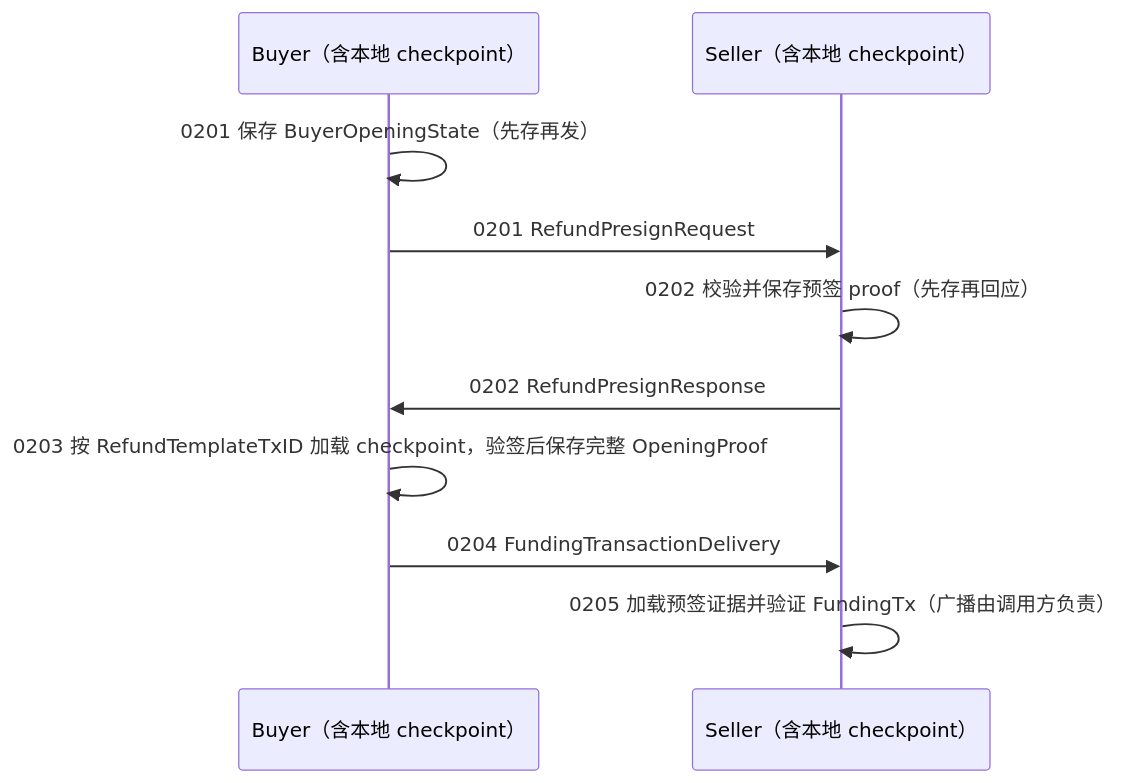
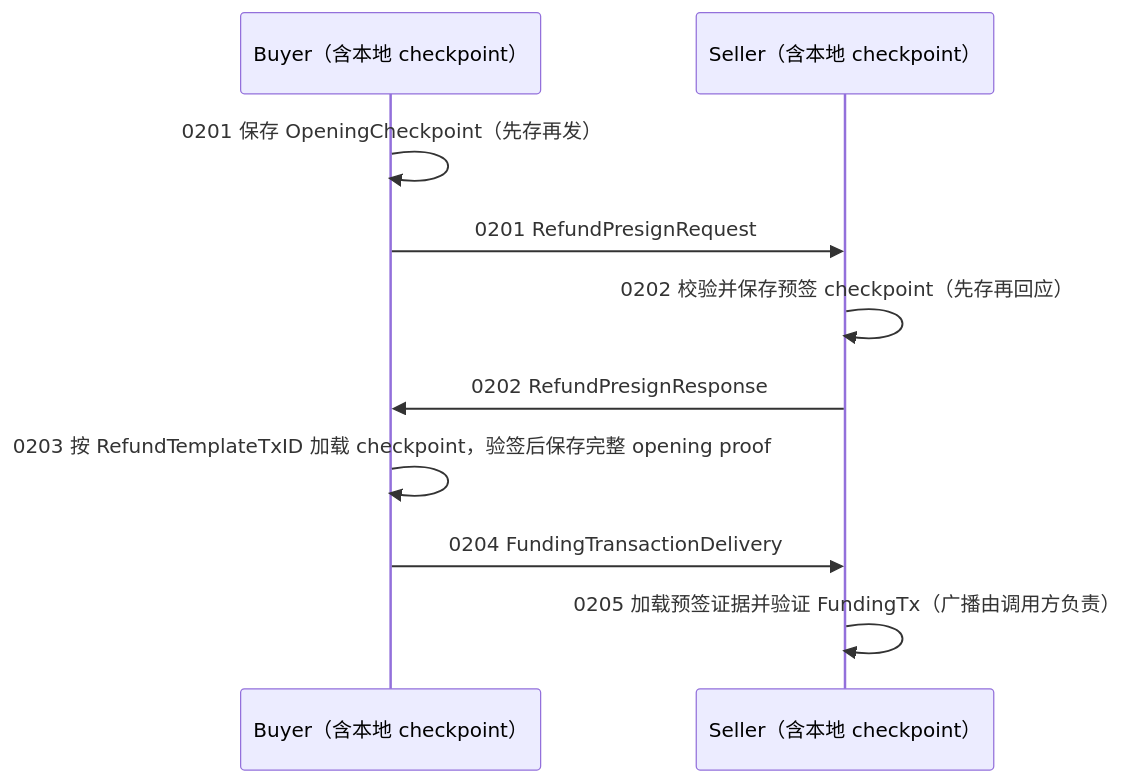
One commit to bsv8/go-bitfs changed the diagram in demo/02_pool_opening/README.md. Above: the diagram before and after it, drawn with Mermaid. The commit also changed other lines of this file and 138 other files, not shown here.

````diff
--- a/demo/02_pool_opening/README.md
+++ b/demo/02_pool_opening/README.md
@@ -5,13 +5,13 @@
 ```mermaid
 sequenceDiagram
     participant B as Buyer（含本地 checkpoint）
     participant S as Seller（含本地 checkpoint）
 
-    B->>B: 0201 保存 BuyerOpeningState（先存再发）
+    B->>B: 0201 保存 OpeningCheckpoint（先存再发）
     B->>S: 0201 RefundPresignRequest
-    S->>S: 0202 校验并保存预签 proof（先存再回应）
+    S->>S: 0202 校验并保存预签 checkpoint（先存再回应）
     S->>B: 0202 RefundPresignResponse
-    B->>B: 0203 按 RefundTemplateTxID 加载 checkpoint，验签后保存完整 OpeningProof
+    B->>B: 0203 按 RefundTemplateTxID 加载 checkpoint，验签后保存完整 opening proof
     B->>S: 0204 FundingTransactionDelivery
     S->>S: 0205 加载预签证据并验证 FundingTx（广播由调用方负责）
 ```
````
